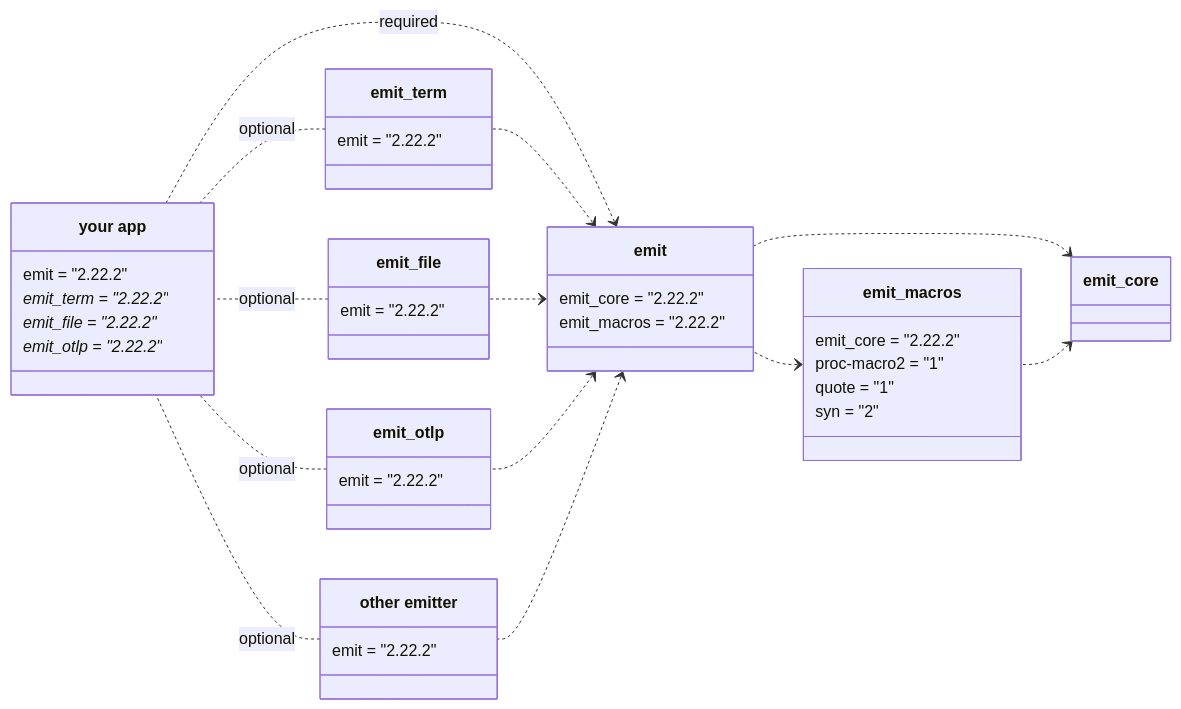
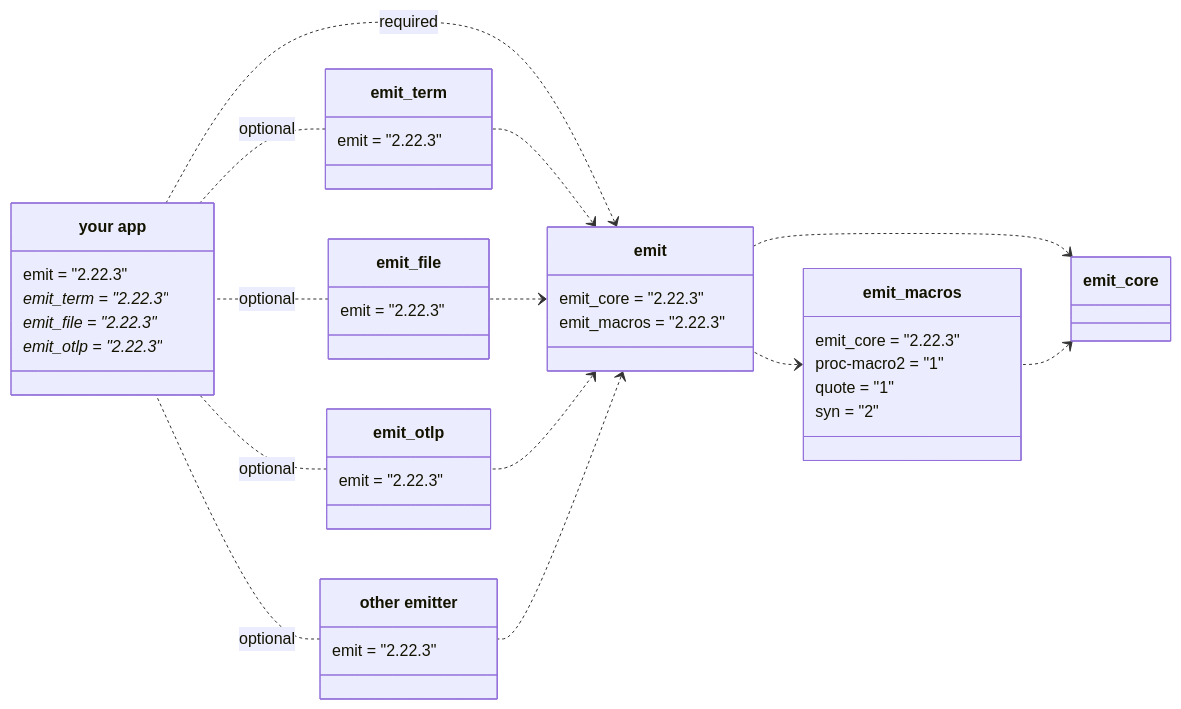
Before and after one commit to emit-rs/emit: the first of 5 diagrams in book/src/reference/architecture.md, drawn with Mermaid. The commit also changed other lines of this file and 73 other files, not shown here.

````diff
--- a/book/src/reference/architecture.md
+++ b/book/src/reference/architecture.md
@@ -9,62 +9,62 @@
 ```mermaid
 classDiagram
     direction RL
     
     emit_core <.. emit_macros
     emit_core <.. emit
     emit_macros <.. emit
 
     class emit_macros {
-        emit_core = "2.22.2"
+        emit_core = "2.22.3"
         proc-macro2 = "1"
         quote = "1"
         syn = "2"
     }
 
     emit <.. emit_term
     emit <.. emit_file
     emit <.. emit_otlp
     emit <.. emit_custom
 
     emit <.. app : required
 
     class emit {
-        emit_core = "2.22.2"
-        emit_macros = "2.22.2"
+        emit_core = "2.22.3"
+        emit_macros = "2.22.3"
     }
 
     emit_term .. app : optional
     emit_file .. app : optional
     emit_otlp .. app : optional
     emit_custom .. app : optional
 
     class emit_term {
-        emit = "2.22.2"
+        emit = "2.22.3"
     }
 
     class emit_file {
-        emit = "2.22.2"
+        emit = "2.22.3"
     }
 
     class emit_otlp {
-        emit = "2.22.2"
+        emit = "2.22.3"
     }
 
     class emit_custom["other emitter"] {
-        emit = "2.22.2"
+        emit = "2.22.3"
     }
 
     class app["your app"] {
-        emit = "2.22.2"
-        emit_term = "2.22.2"*
-        emit_file = "2.22.2"*
-        emit_otlp = "2.22.2"*
+        emit = "2.22.3"
+        emit_term = "2.22.3"*
+        emit_file = "2.22.3"*
+        emit_otlp = "2.22.3"*
     }
 
-    click emit_core href "https://docs.rs/emit_core/1.22.2/emit_core/index.html"
-    click emit_macros href "https://docs.rs/emit_macros/2.22.2/emit_macros/index.html"
-    click emit href "https://docs.rs/emit/2.22.2/emit/index.html"
-    click emit_term href "https://docs.rs/emit_term/2.22.2/emit_term/index.html"
-    click emit_file href "https://docs.rs/emit_file/2.22.2/emit_file/index.html"
-    click emit_otlp href "https://docs.rs/emit_otlp/2.22.2/emit_otlp/index.html"
+    click emit_core href "https://docs.rs/emit_core/1.22.3/emit_core/index.html"
+    click emit_macros href "https://docs.rs/emit_macros/2.22.3/emit_macros/index.html"
+    click emit href "https://docs.rs/emit/2.22.3/emit/index.html"
+    click emit_term href "https://docs.rs/emit_term/2.22.3/emit_term/index.html"
+    click emit_file href "https://docs.rs/emit_file/2.22.3/emit_file/index.html"
+    click emit_otlp href "https://docs.rs/emit_otlp/2.22.3/emit_otlp/index.html"
 ```
````
